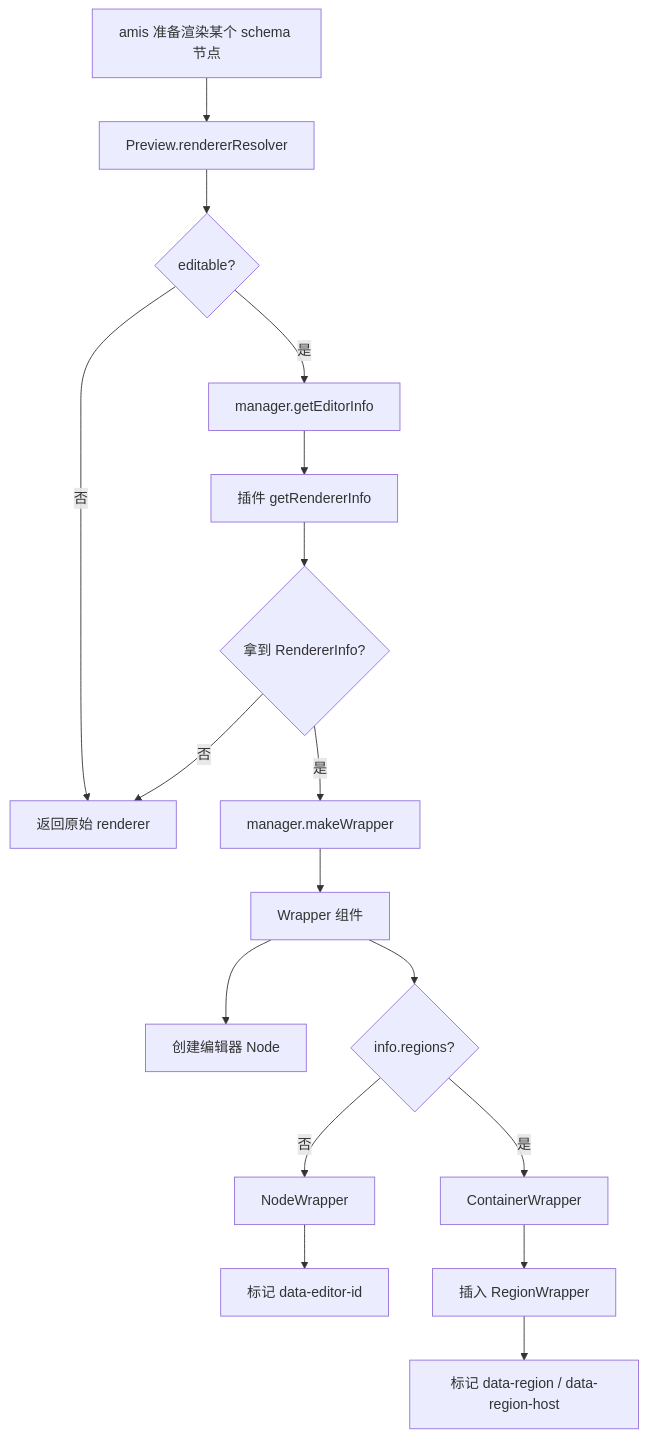
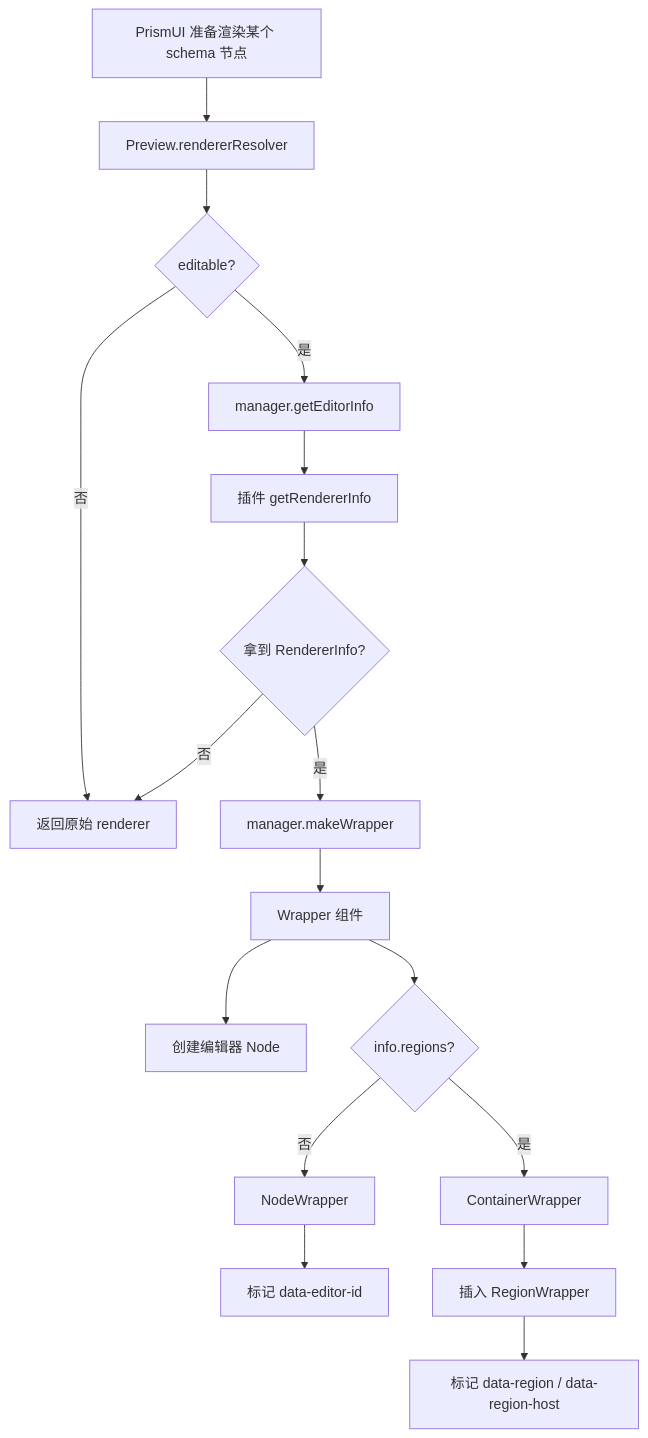
One commit to Gengxin-Tech/prismui changed the fifth of 11 diagrams in docs/zh-CN/extend/editor-architecture.md. Above: the diagram before and after it, drawn with Mermaid. The commit also changed other lines of this file and 29 other files, not shown here.

````diff
--- a/docs/zh-CN/extend/editor-architecture.md
+++ b/docs/zh-CN/extend/editor-architecture.md
@@ -174,19 +174,19 @@
 ```mermaid
 flowchart TD
-  Start[amis 准备渲染某个 schema 节点] --> Resolve[Preview.rendererResolver]
+  Start[PrismUI 准备渲染某个 schema 节点] --> Resolve[Preview.rendererResolver]
   Resolve --> Editable{editable?}
   Editable -- 否 --> Raw[返回原始 renderer]
   Editable -- 是 --> Info[manager.getEditorInfo]
   Info --> Plugin[插件 getRendererInfo]
   Plugin --> HasInfo{拿到 RendererInfo?}
   HasInfo -- 否 --> Raw
   HasInfo -- 是 --> Wrap[manager.makeWrapper]
   Wrap --> Wrapper[Wrapper 组件]
   Wrapper --> Node[创建编辑器 Node]
   Wrapper --> Choose{info.regions?}
   Choose -- 否 --> NodeWrapper[NodeWrapper]
   Choose -- 是 --> ContainerWrapper[ContainerWrapper]
   NodeWrapper --> MarkNode[标记 data-editor-id]
   ContainerWrapper --> RegionWrapper[插入 RegionWrapper]
   RegionWrapper --> MarkRegion[标记 data-region / data-region-host]
 ```
````
